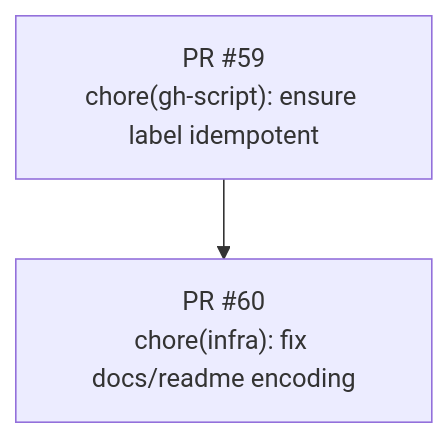
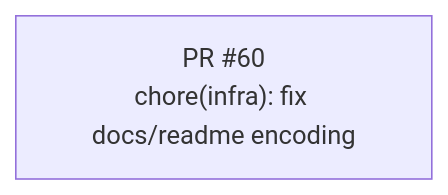
The diagram in docs/stack-plan/STACK-PR-PLAN.md (revton/car-fuel), drawn with Mermaid before and after one commit.

Commit message:
docs(stack): update Mermaid stack graph

````diff
--- a/docs/stack-plan/STACK-PR-PLAN.md
+++ b/docs/stack-plan/STACK-PR-PLAN.md
@@ -6,8 +6,5 @@
 ```mermaid
 flowchart TD
   pr60["PR #60
 chore(infra): fix docs/readme encoding"]
-  pr59["PR #59
-chore(gh-script): ensure label idempotent"]
-  pr59 --> pr60
 ```
````
